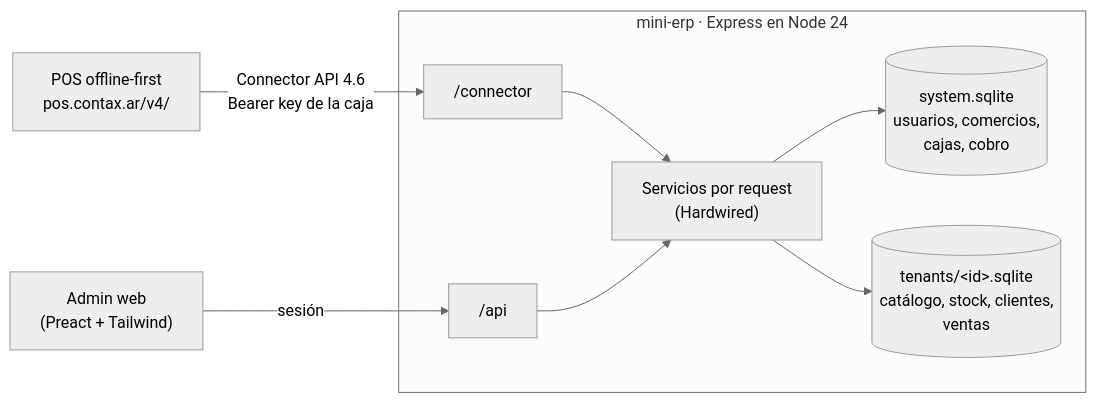
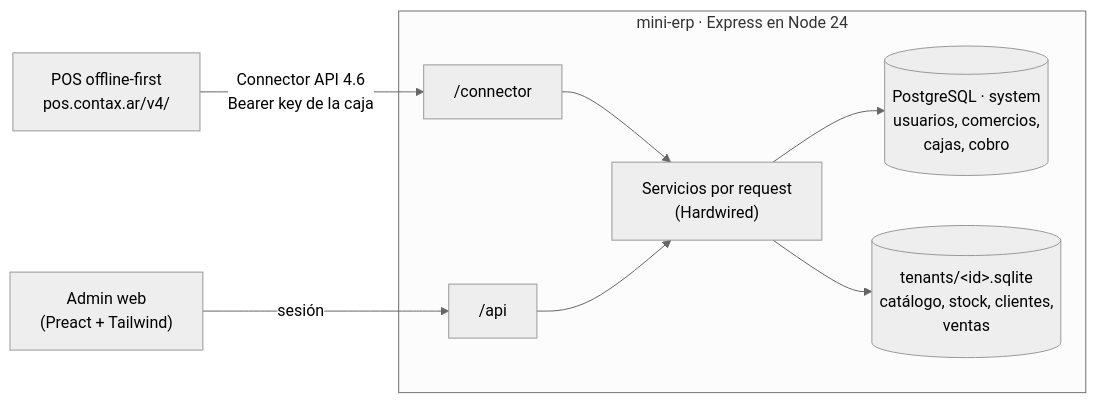
Before and after one commit to rauldiazsolis/mini-erp: the first of 2 diagrams in README.md, drawn with Mermaid (neutral theme). The commit also changed other lines of this file and 2 other files, not shown here.

First line of the commit message:
docs: el sistema ya no está en SQLite

````diff
--- a/README.md
+++ b/README.md
@@ -47,11 +47,11 @@
 ```mermaid
 flowchart LR
   POS["POS offline-first<br/>pos.contax.ar/v4/"] -->|"Connector API 4.6<br/>Bearer key de la caja"| C["/connector"]
   A["Admin web<br/>(Preact + Tailwind)"] -->|"sesión"| API["/api"]
   subgraph S["mini-erp · Express en Node 24"]
     C --> SV["Servicios por request<br/>(Hardwired)"]
     API --> SV
-    SV --> SYS[("system.sqlite<br/>usuarios, comercios,<br/>cajas, cobro")]
+    SV --> SYS[("PostgreSQL · system<br/>usuarios, comercios,<br/>cajas, cobro")]
     SV --> TEN[("tenants/&lt;id&gt;.sqlite<br/>catálogo, stock, clientes,<br/>ventas")]
   end
 ```
````
